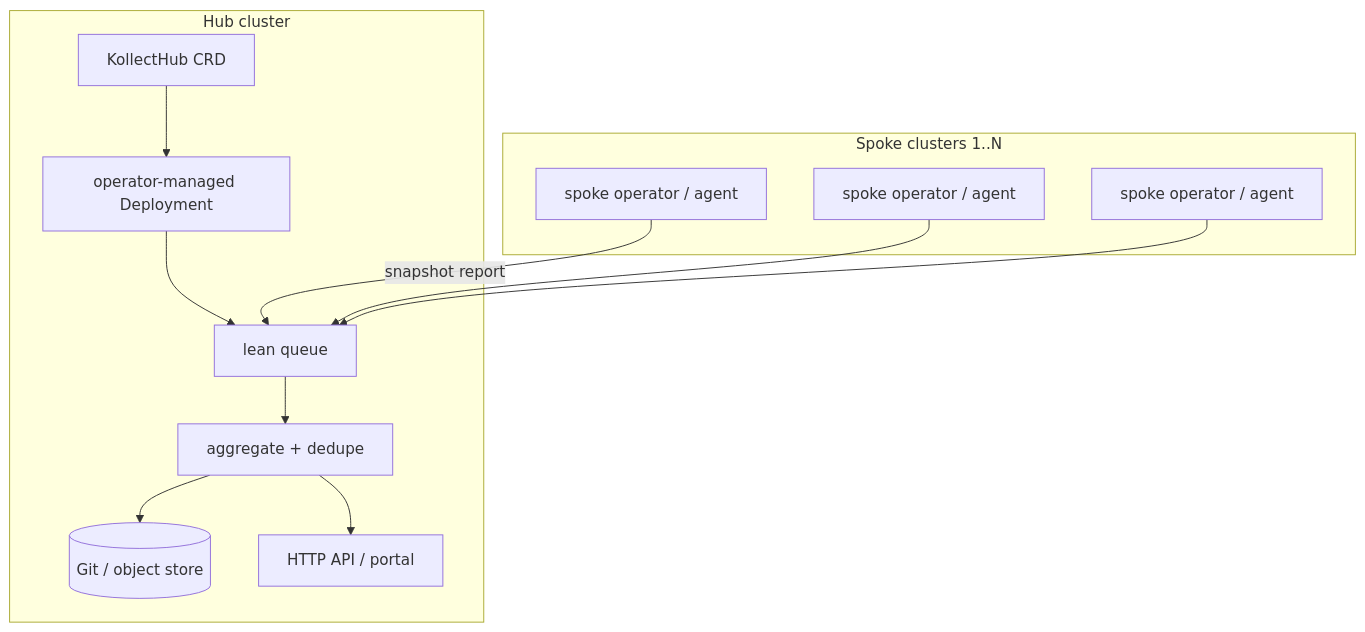
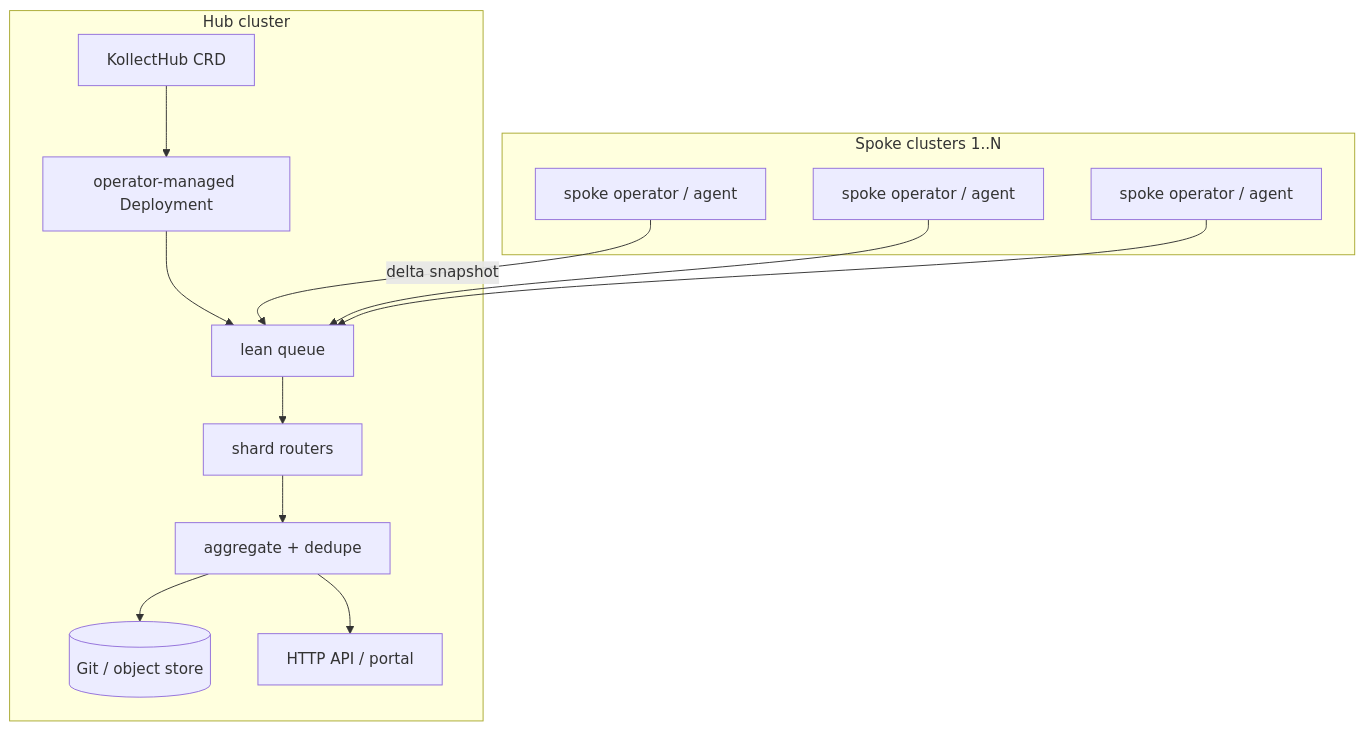
Before and after one commit to konih/kollect: the second of 3 diagrams in docs/adr/0022-multi-cluster-sync-rfc.md, drawn with Mermaid. The commit also changed other lines of this file and 8 other files, not shown here.

````diff
--- a/docs/adr/0022-multi-cluster-sync-rfc.md
+++ b/docs/adr/0022-multi-cluster-sync-rfc.md
@@ -40,22 +60,24 @@
 ```mermaid
 flowchart TB
   subgraph spokes [Spoke clusters 1..N]
     A1[spoke operator / agent]
     A2[spoke operator / agent]
     AN[spoke operator / agent]
   end
   subgraph hubCluster [Hub cluster]
     HubCRD["KollectHub CRD"]
     Dep[operator-managed Deployment]
     Q[lean queue]
+    Shard[shard routers]
     Agg[aggregate + dedupe]
     HubCRD --> Dep
     Dep --> Q
-    Q --> Agg
+    Q --> Shard
+    Shard --> Agg
     Agg --> Git[(Git / object store)]
     Agg --> Portal[HTTP API / portal]
   end
-  A1 -->|snapshot report| Q
+  A1 -->|delta snapshot| Q
   A2 --> Q
   AN --> Q
 ```
````
